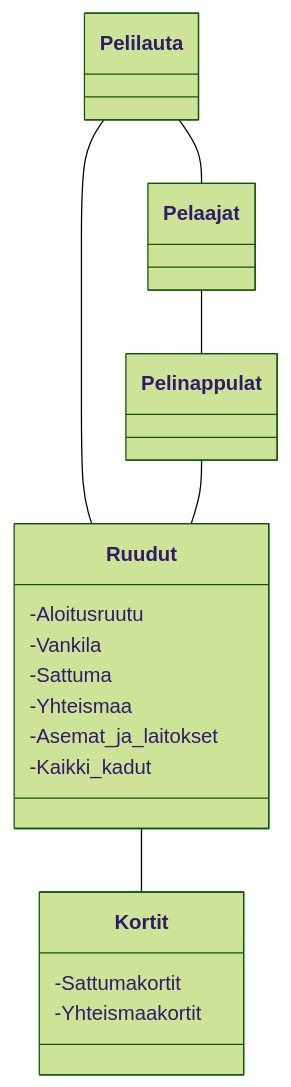
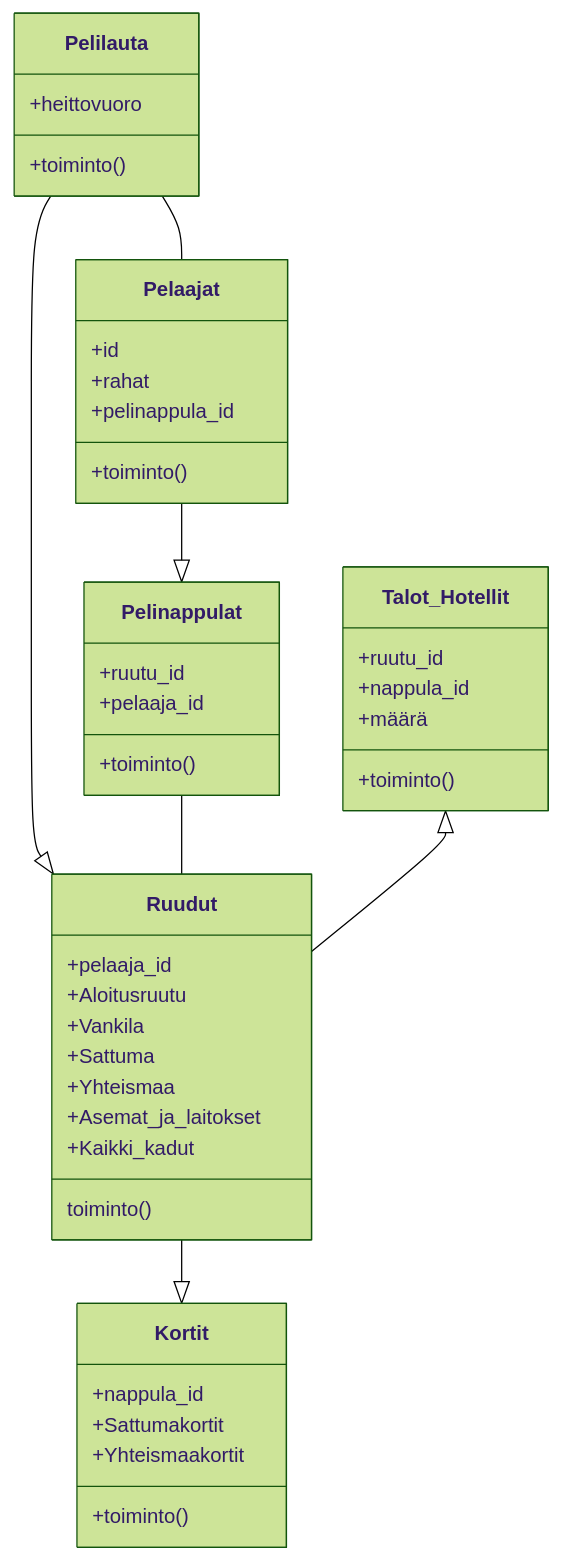
Before and after one commit to Mahlamaki/ot-harjoitustyo: the diagram in laskarit/viikko3/tehtävä2.md, drawn with Mermaid (forest theme).

````diff
--- a/laskarit/viikko3/tehtävä2.md
+++ b/laskarit/viikko3/tehtävä2.md
@@ -1,21 +1,45 @@
 ```mermaid
 classDiagram
-Pelilauta -- Ruudut
+Pelilauta --|> Ruudut
 Pelilauta -- Pelaajat
 Pelinappulat -- Ruudut
-Pelaajat --  Pelinappulat
-Ruudut -- Kortit
+Pelaajat --|>  Pelinappulat
+Ruudut --|> Kortit
+Talot_Hotellit <|-- Ruudut
+Pelilauta : +heittovuoro
+Pelilauta : +toiminto()
 class Ruudut {
--Aloitusruutu
--Vankila
--Sattuma
--Yhteismaa
--Asemat_ja_laitokset
--Kaikki_kadut
++pelaaja_id
++Aloitusruutu
++Vankila
++Sattuma
++Yhteismaa
++Asemat_ja_laitokset
++Kaikki_kadut
+toiminto()
 }
 class Kortit {
--Sattumakortit
--Yhteismaakortit
++nappula_id
++Sattumakortit
++Yhteismaakortit
++toiminto()
+}
+class Pelinappulat {
++ruutu_id
++pelaaja_id
++toiminto()
+}
+class Pelaajat {
++id
++rahat
++pelinappula_id
++toiminto()
+}
+class Talot_Hotellit {
++ruutu_id
++nappula_id
++määrä
++toiminto()
 }
 
 ```
````
